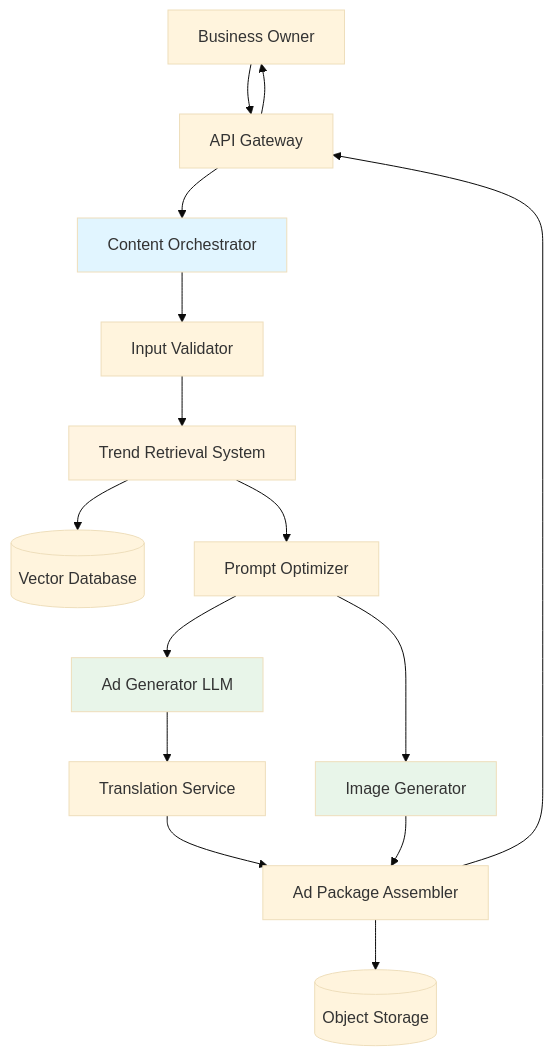
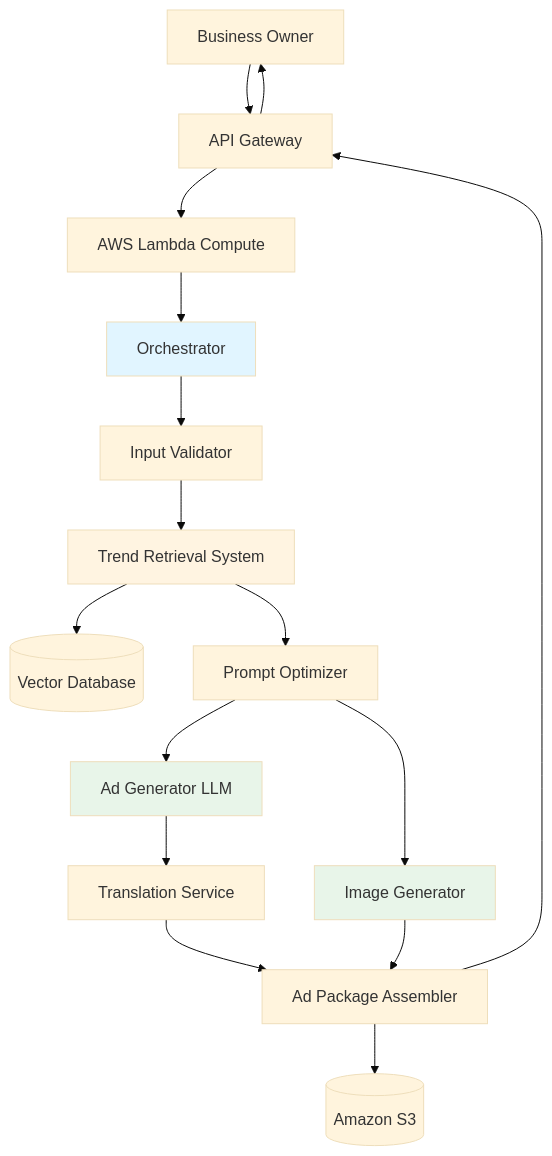
One commit to hemampandey/HyperLocal-AI-Content-Engine changed the diagram in design.md. Above: the diagram before and after it, drawn with Mermaid (base theme). The commit also changed other lines of this file, not shown here.

````diff
--- a/design.md
+++ b/design.md
@@ -19,27 +22,28 @@
 ```mermaid
 graph TB
     User[Business Owner] --> API[API Gateway]
-    API --> Orchestrator[Content Orchestrator]
+    API --> Lambda[AWS Lambda Compute]
+    Lambda --> Orchestrator
     
     Orchestrator --> Validator[Input Validator]
     Validator --> TrendRetrieval[Trend Retrieval System]
     
     TrendRetrieval --> VectorDB[(Vector Database)]
     TrendRetrieval --> PromptOpt[Prompt Optimizer]
     
     PromptOpt --> AdGen[Ad Generator LLM]
     PromptOpt --> ImgGen[Image Generator]
     
     AdGen --> Translation[Translation Service]
     Translation --> Packager[Ad Package Assembler]
     ImgGen --> Packager
     
-    Packager --> Storage[(Object Storage)]
+    Packager --> Storage[(Amazon S3)]
     Packager --> API
     API --> User
     
     style Orchestrator fill:#e1f5ff
     style TrendRetrieval fill:#fff4e1
     style AdGen fill:#e8f5e9
     style ImgGen fill:#e8f5e9
 ```
````
